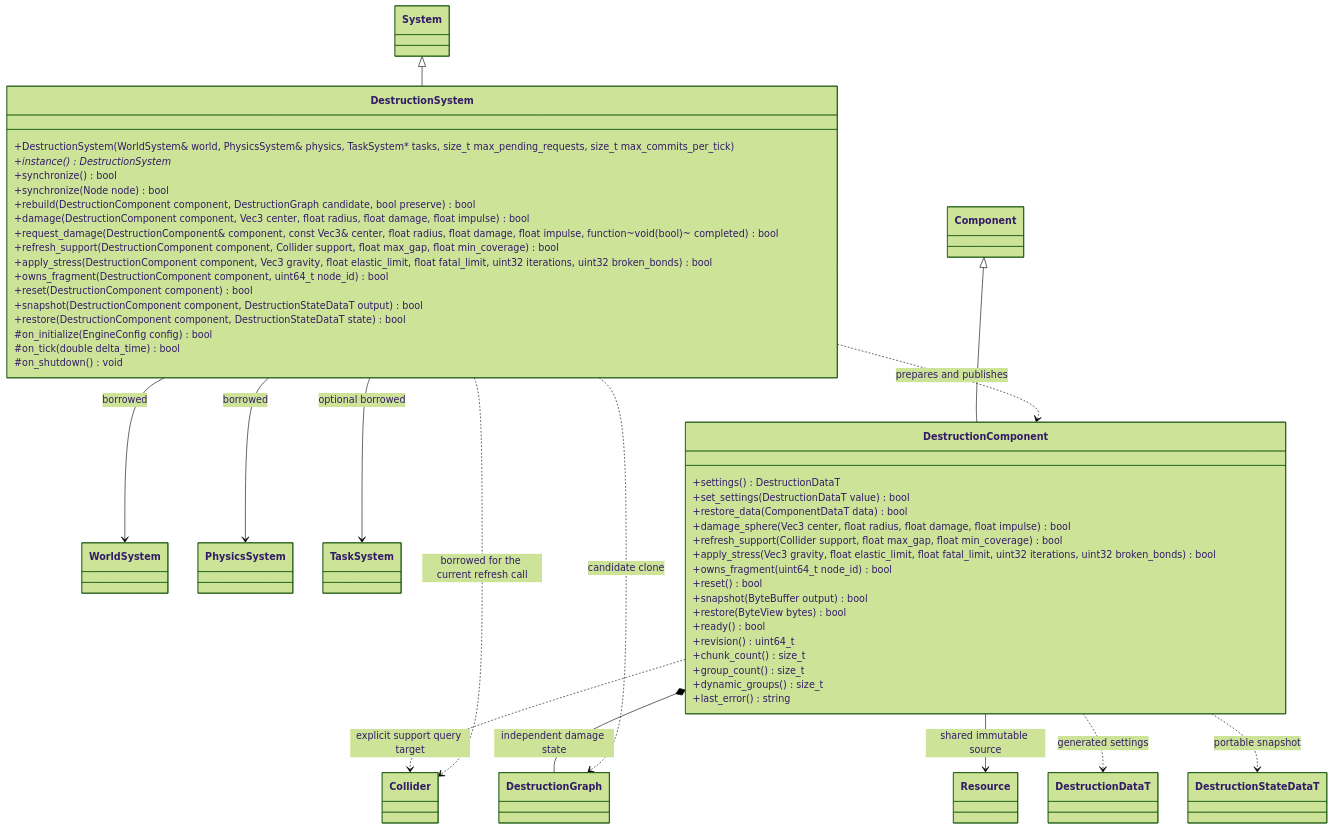
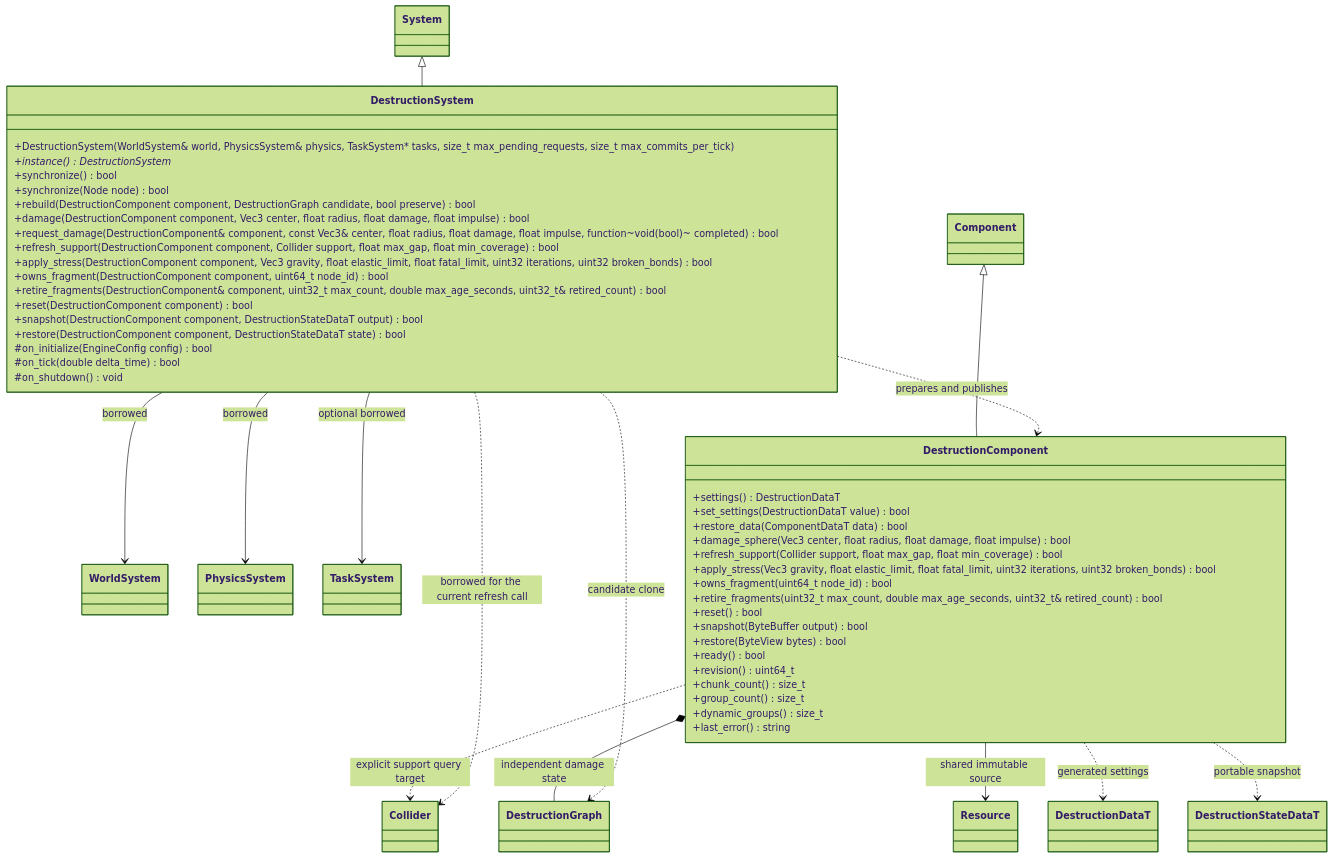
Before and after one commit to lcals/Engine: the diagram in docs/plugins/runtime/class-diagrams/destruction.md, drawn with Mermaid (forest theme). The commit also changed other lines of this file and 32 other files, not shown here.

````diff
--- a/docs/plugins/runtime/class-diagrams/destruction.md
+++ b/docs/plugins/runtime/class-diagrams/destruction.md
@@ -7,62 +7,64 @@
 ```mermaid
 classDiagram
 class System
 class Component
 class WorldSystem
 class PhysicsSystem
 class TaskSystem
 class Collider
 class Resource
 class DestructionGraph
 class DestructionDataT
 class DestructionStateDataT
 class DestructionComponent {
 +settings() DestructionDataT
 +set_settings(DestructionDataT value) bool
 +restore_data(ComponentDataT data) bool
 +damage_sphere(Vec3 center, float radius, float damage, float impulse) bool
 +refresh_support(Collider support, float max_gap, float min_coverage) bool
 +apply_stress(Vec3 gravity, float elastic_limit, float fatal_limit, uint32 iterations, uint32 broken_bonds) bool
 +owns_fragment(uint64_t node_id) bool
++retire_fragments(uint32_t max_count, double max_age_seconds, uint32_t& retired_count) bool
 +reset() bool
 +snapshot(ByteBuffer output) bool
 +restore(ByteView bytes) bool
 +ready() bool
 +revision() uint64_t
 +chunk_count() size_t
 +group_count() size_t
 +dynamic_groups() size_t
 +last_error() string
 }
 class DestructionSystem {
 +DestructionSystem(WorldSystem& world, PhysicsSystem& physics, TaskSystem* tasks, size_t max_pending_requests, size_t max_commits_per_tick)
 +instance() DestructionSystem*
 +synchronize() bool
 +synchronize(Node node) bool
 +rebuild(DestructionComponent component, DestructionGraph candidate, bool preserve) bool
 +damage(DestructionComponent component, Vec3 center, float radius, float damage, float impulse) bool
 +request_damage(DestructionComponent& component, const Vec3& center, float radius, float damage, float impulse, function~void(bool)~ completed) bool
 +refresh_support(DestructionComponent component, Collider support, float max_gap, float min_coverage) bool
 +apply_stress(DestructionComponent component, Vec3 gravity, float elastic_limit, float fatal_limit, uint32 iterations, uint32 broken_bonds) bool
 +owns_fragment(DestructionComponent component, uint64_t node_id) bool
++retire_fragments(DestructionComponent& component, uint32_t max_count, double max_age_seconds, uint32_t& retired_count) bool
 +reset(DestructionComponent component) bool
 +snapshot(DestructionComponent component, DestructionStateDataT output) bool
 +restore(DestructionComponent component, DestructionStateDataT state) bool
 #on_initialize(EngineConfig config) bool
 #on_tick(double delta_time) bool
 #on_shutdown() void
 }
 System <|-- DestructionSystem
 Component <|-- DestructionComponent
 DestructionComponent *-- DestructionGraph : independent damage state
 DestructionComponent --> Resource : shared immutable source
 DestructionComponent ..> DestructionDataT : generated settings
 DestructionComponent ..> DestructionStateDataT : portable snapshot
 DestructionComponent ..> Collider : explicit support query target
 DestructionSystem --> WorldSystem : borrowed
 DestructionSystem --> PhysicsSystem : borrowed
 DestructionSystem --> TaskSystem : optional borrowed
 DestructionSystem ..> Collider : borrowed for the current refresh call
 DestructionSystem ..> DestructionComponent : prepares and publishes
 DestructionSystem ..> DestructionGraph : candidate clone
 ```
````
